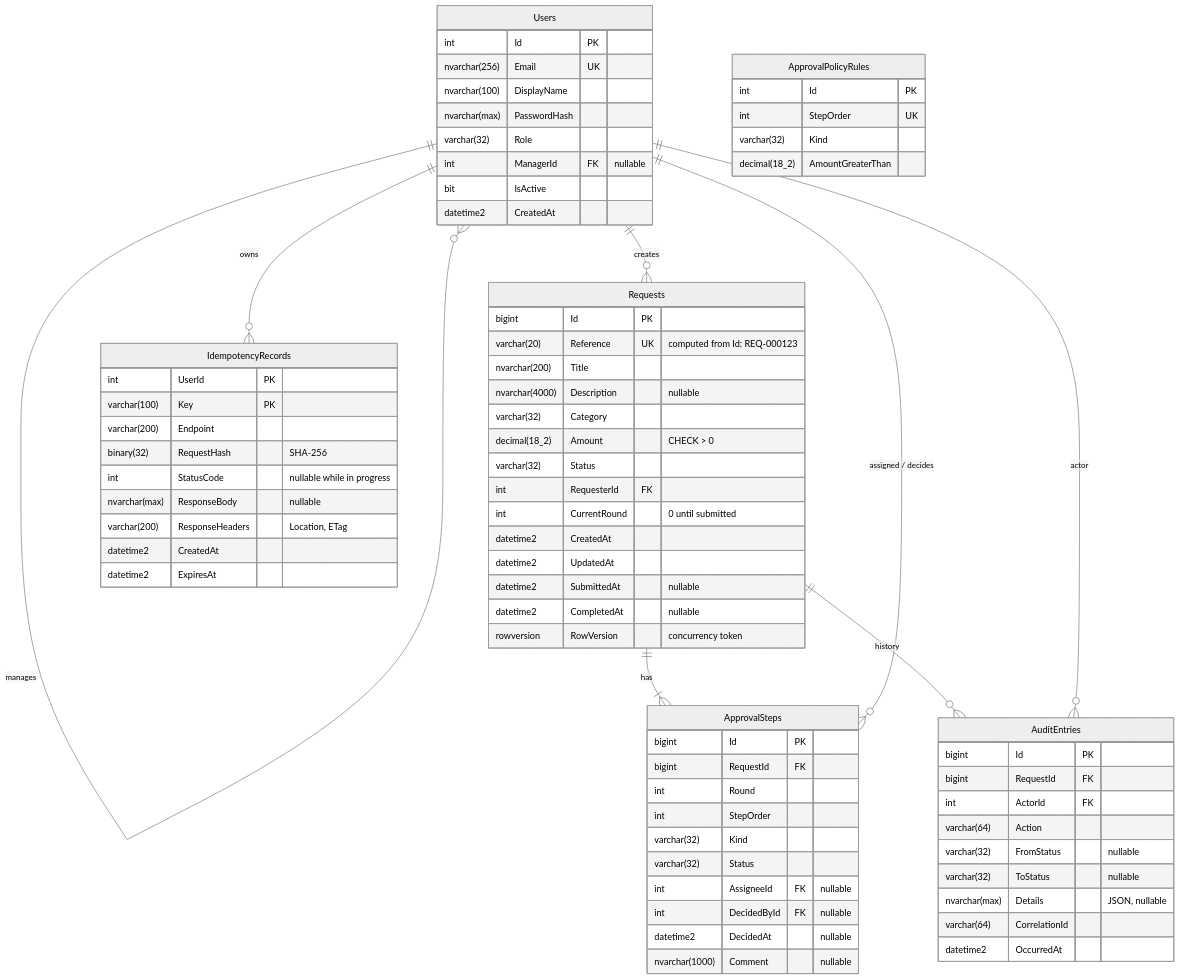
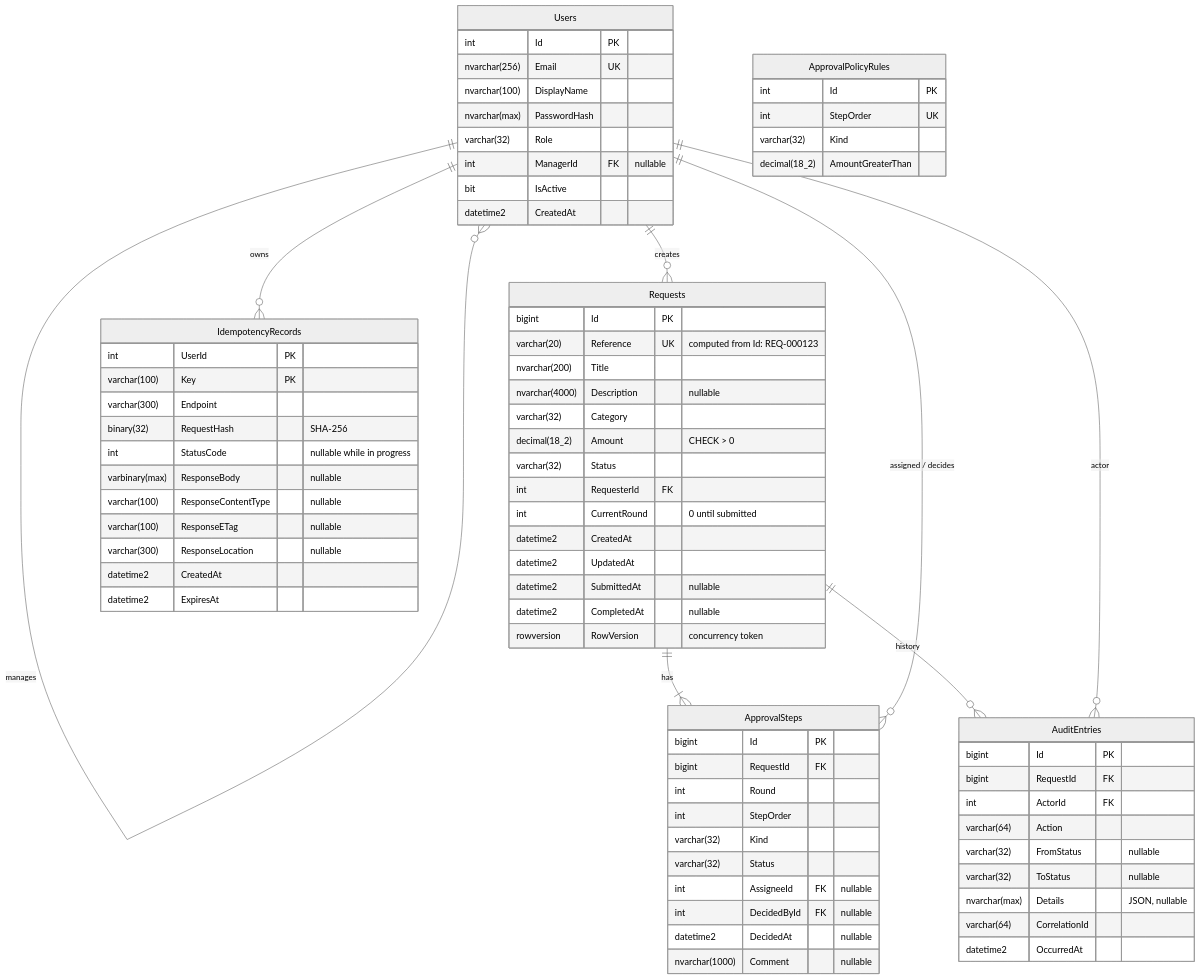
The third of 3 diagrams in docs/design.md (silverricardo/opsflow-api), drawn with Mermaid (neutral theme) before and after one commit. The commit also changed other lines of this file and 41 other files, not shown here.

````diff
--- a/docs/design.md
+++ b/docs/design.md
@@ -96,77 +96,79 @@
 ```mermaid
 erDiagram
     Users ||--o{ Users : "manages"
     Users ||--o{ Requests : "creates"
     Requests ||--|{ ApprovalSteps : "has"
     Users ||--o{ ApprovalSteps : "assigned / decides"
     Requests ||--o{ AuditEntries : "history"
     Users ||--o{ AuditEntries : "actor"
     Users ||--o{ IdempotencyRecords : "owns"
 
     Users {
         int Id PK
         nvarchar(256) Email UK
         nvarchar(100) DisplayName
         nvarchar(max) PasswordHash
         varchar(32) Role
         int ManagerId FK "nullable"
         bit IsActive
         datetime2 CreatedAt
     }
     Requests {
         bigint Id PK
         varchar(20) Reference UK "computed from Id: REQ-000123"
         nvarchar(200) Title
         nvarchar(4000) Description "nullable"
         varchar(32) Category
         decimal(18_2) Amount "CHECK > 0"
         varchar(32) Status
         int RequesterId FK
         int CurrentRound "0 until submitted"
         datetime2 CreatedAt
         datetime2 UpdatedAt
         datetime2 SubmittedAt "nullable"
         datetime2 CompletedAt "nullable"
         rowversion RowVersion "concurrency token"
     }
     ApprovalSteps {
         bigint Id PK
         bigint RequestId FK
         int Round
         int StepOrder
         varchar(32) Kind
         varchar(32) Status
         int AssigneeId FK "nullable"
         int DecidedById FK "nullable"
         datetime2 DecidedAt "nullable"
         nvarchar(1000) Comment "nullable"
     }
     ApprovalPolicyRules {
         int Id PK
         int StepOrder UK
         varchar(32) Kind
         decimal(18_2) AmountGreaterThan
     }
     AuditEntries {
         bigint Id PK
         bigint RequestId FK
         int ActorId FK
         varchar(64) Action
         varchar(32) FromStatus "nullable"
         varchar(32) ToStatus "nullable"
         nvarchar(max) Details "JSON, nullable"
         varchar(64) CorrelationId
         datetime2 OccurredAt
     }
     IdempotencyRecords {
         int UserId PK
         varchar(100) Key PK
-        varchar(200) Endpoint
+        varchar(300) Endpoint
         binary(32) RequestHash "SHA-256"
         int StatusCode "nullable while in progress"
-        nvarchar(max) ResponseBody "nullable"
-        varchar(200) ResponseHeaders "Location, ETag"
+        varbinary(max) ResponseBody "nullable"
+        varchar(100) ResponseContentType "nullable"
+        varchar(100) ResponseETag "nullable"
+        varchar(300) ResponseLocation "nullable"
         datetime2 CreatedAt
         datetime2 ExpiresAt
     }
 ```
````
